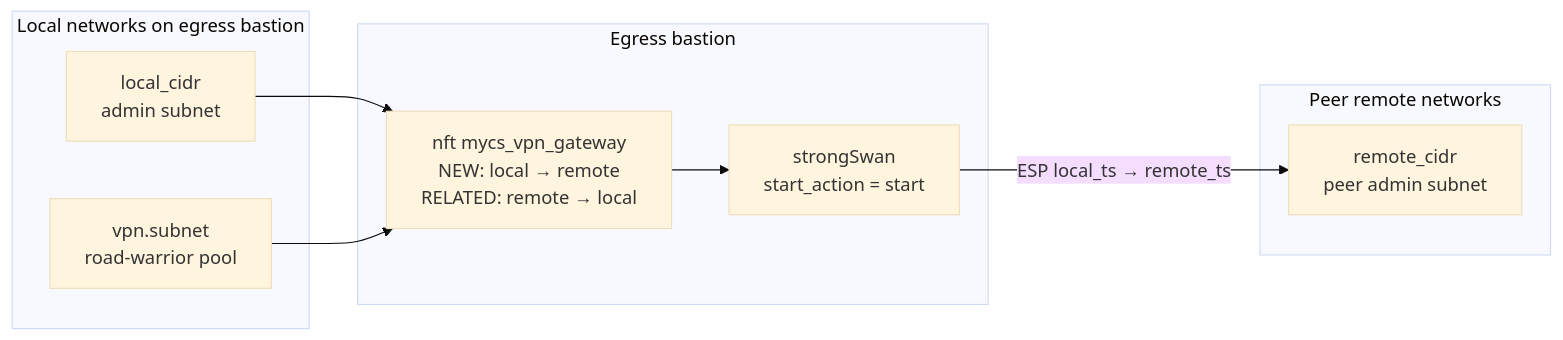
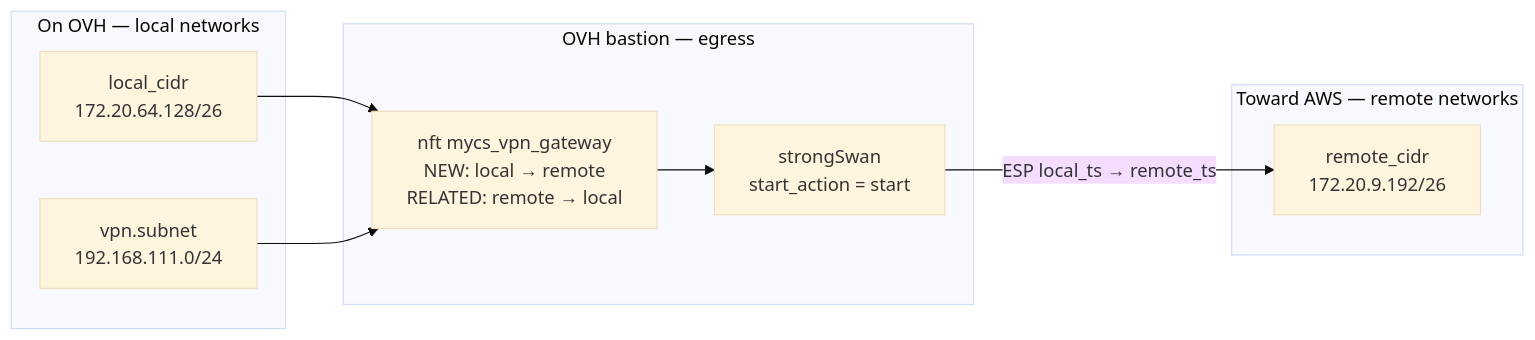
Before and after one commit to novassist-ai/mycs-node: the fifth of 10 diagrams in image/docs/vpn-gateway-design.md, drawn with Mermaid (base theme). The commit also changed other lines of this file, not shown here.

````diff
--- a/image/docs/vpn-gateway-design.md
+++ b/image/docs/vpn-gateway-design.md
@@ -288,21 +340,21 @@
 ```mermaid
 flowchart LR
-  subgraph local [Local networks on egress bastion]
-    LAN[local_cidr<br/>admin subnet]
-    RW[vpn.subnet<br/>road-warrior pool]
+  subgraph local [On OVH — local networks]
+    LAN[local_cidr<br/>172.20.64.128/26]
+    RW[vpn.subnet<br/>192.168.111.0/24]
   end
 
-  subgraph bastion [Egress bastion]
+  subgraph bastion [OVH bastion — egress]
     SS[strongSwan<br/>start_action = start]
     NFT[nft mycs_vpn_gateway<br/>NEW: local → remote<br/>RELATED: remote → local]
   end
 
-  subgraph remote [Peer remote networks]
-    RLAN[remote_cidr<br/>peer admin subnet]
+  subgraph remote [Toward AWS — remote networks]
+    RLAN[remote_cidr<br/>172.20.9.192/26]
   end
 
   LAN --> NFT
   RW --> NFT
   NFT --> SS
   SS -->|ESP local_ts → remote_ts| RLAN
 ```
````
